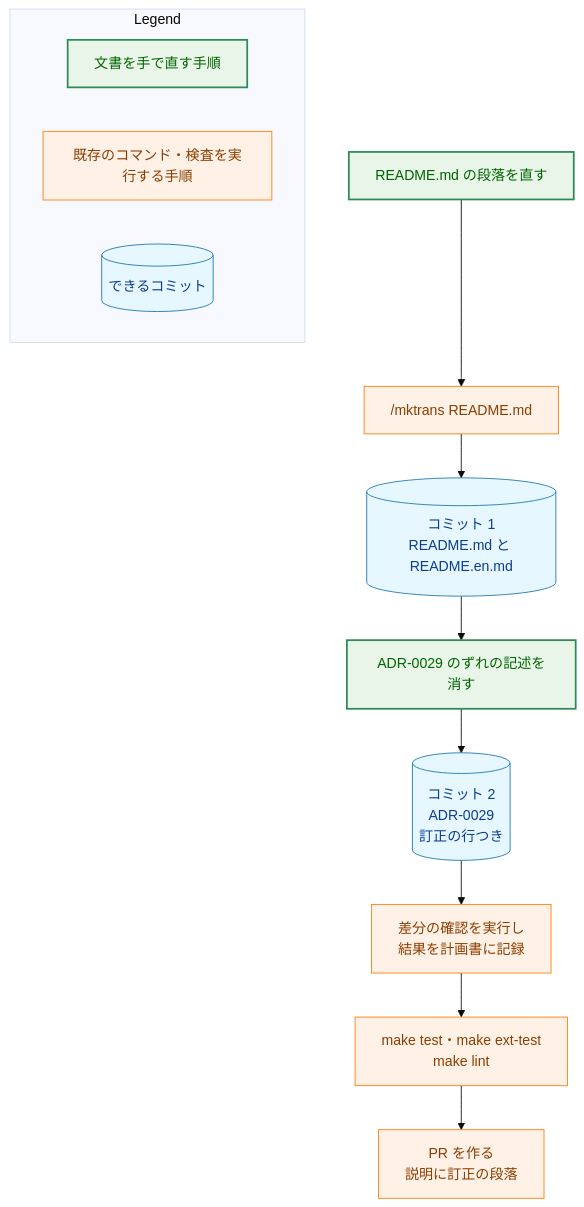
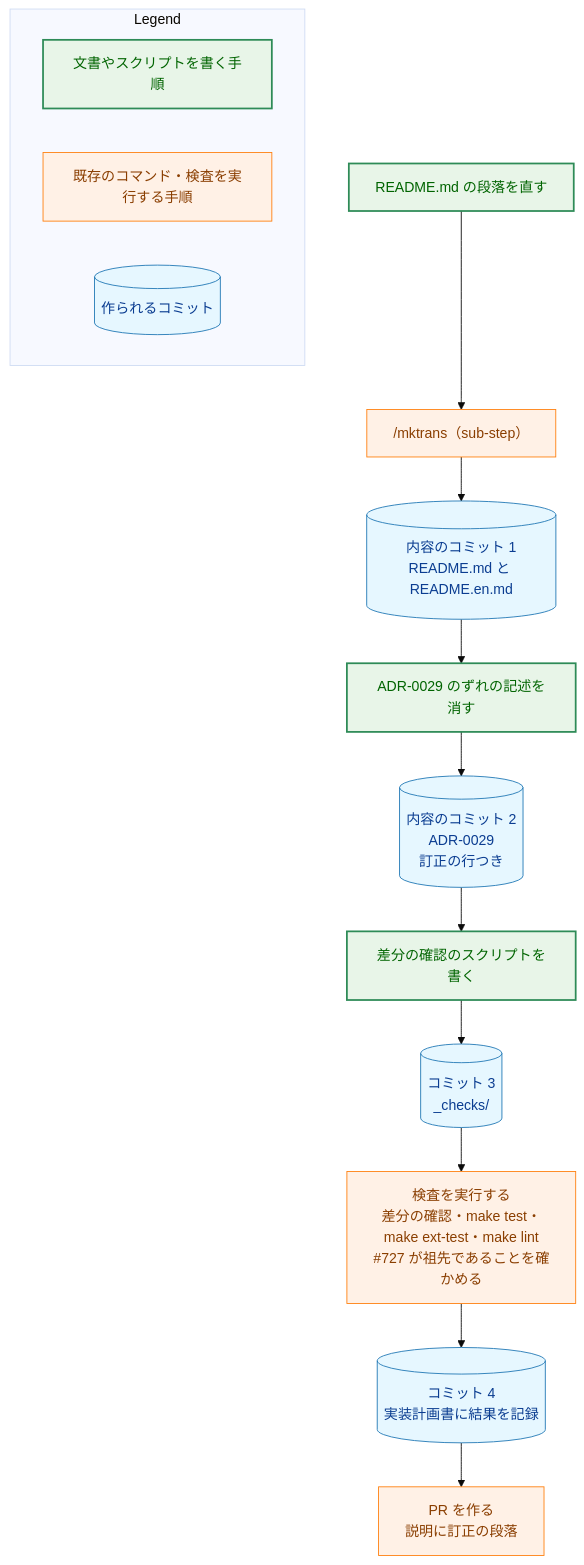
One commit to isseis/yt2column changed the third of 3 diagrams in docs/tasks/0069_readme_display_language/02_architecture.md. Above: the diagram before and after it, drawn with Mermaid (base theme). The commit also changed other lines of this file, not shown here.

First line of the commit message:
docs(0069): address review findings on the architecture

````diff
--- a/docs/tasks/0069_readme_display_language/02_architecture.md
+++ b/docs/tasks/0069_readme_display_language/02_architecture.md
@@ -235,30 +244,32 @@
 ```mermaid
 flowchart TD
     classDef data fill:#e6f7ff,stroke:#1f77b4,stroke-width:1px,color:#0b3d91;
     classDef process fill:#fff1e6,stroke:#ff7f0e,stroke-width:1px,color:#8a3e00;
     classDef enhanced fill:#e8f5e8,stroke:#2e8b57,stroke-width:2px,color:#006400;
 
     S1["README.md の段落を直す"]
-    S2["/mktrans README.md"]
-    C1[("コミット 1<br>README.md と README.en.md")]
+    S2["/mktrans（sub-step）"]
+    C1[("内容のコミット 1<br>README.md と README.en.md")]
     S3["ADR-0029 のずれの記述を消す"]
-    C2[("コミット 2<br>ADR-0029<br>訂正の行つき")]
-    S4["差分の確認を実行し<br>結果を計画書に記録"]
-    S5["make test・make ext-test<br>make lint"]
+    C2[("内容のコミット 2<br>ADR-0029<br>訂正の行つき")]
+    S4["差分の確認のスクリプトを書く"]
+    C3[("コミット 3<br>_checks/")]
+    S5["検査を実行する<br>差分の確認・make test・make ext-test・make lint<br>#727 が祖先であることを確かめる"]
+    C4[("コミット 4<br>実装計画書に結果を記録")]
     S6["PR を作る<br>説明に訂正の段落"]
 
-    S1 --> S2 --> C1 --> S3 --> C2 --> S4 --> S5 --> S6
+    S1 --> S2 --> C1 --> S3 --> C2 --> S4 --> C3 --> S5 --> C4 --> S6
 
-    class S1,S3 enhanced
-    class S2,S4,S5,S6 process
-    class C1,C2 data
+    class S1,S3,S4 enhanced
+    class S2,S5,S6 process
+    class C1,C2,C3,C4 data
 
     subgraph Legend["Legend"]
-        L1["文書を手で直す手順"]
+        L1["文書やスクリプトを書く手順"]
         L2["既存のコマンド・検査を実行する手順"]
-        L3[("できるコミット")]
+        L3[("作られるコミット")]
     end
     class L1 enhanced
     class L2 process
     class L3 data
 ```
````
